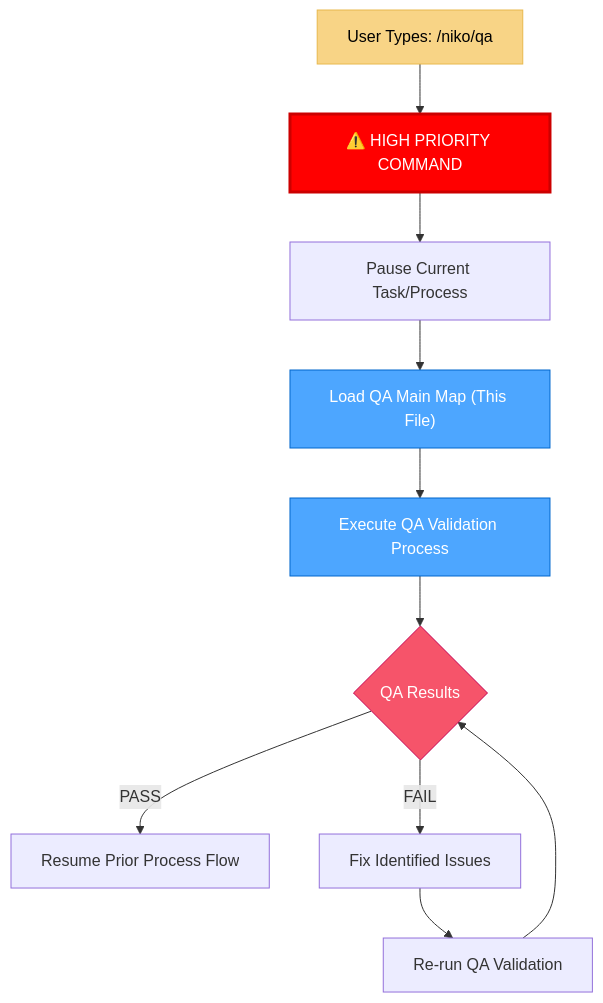
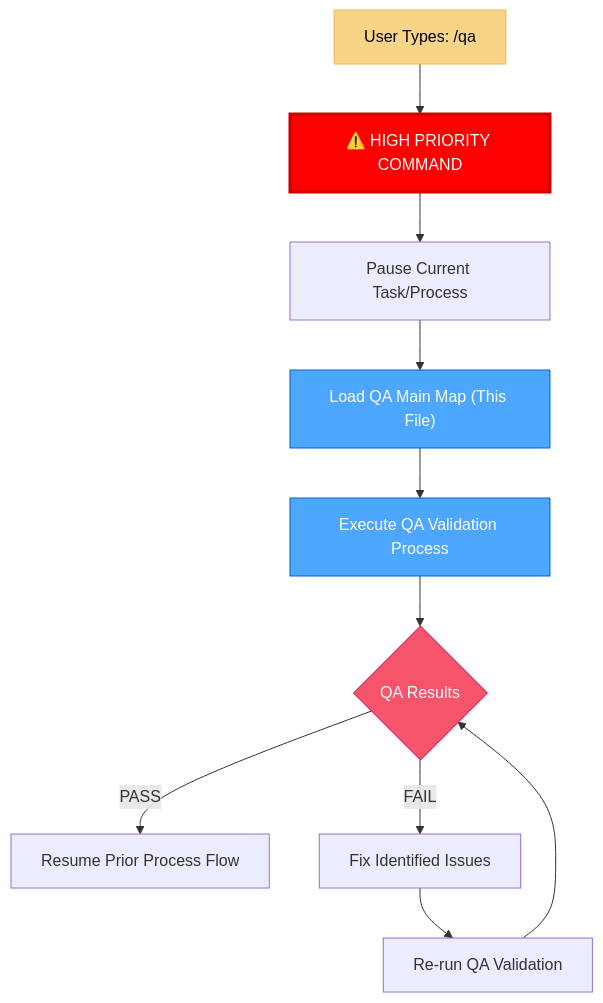
Before and after one commit to Texarkanine/.cursor-rules: the first of 3 diagrams in rulesets/niko/niko/visual-maps/van_mode_split/van-qa-main.mdc, drawn with Mermaid. The commit also changed other lines of this file and 24 other files, not shown here.

Commit message:
fix(niko): Update paths for new command installation behavior in ai-rizz 1.3.x (#29)

````diff
--- a/rulesets/niko/niko/visual-maps/van_mode_split/van-qa-main.mdc
+++ b/rulesets/niko/niko/visual-maps/van_mode_split/van-qa-main.mdc
@@ -24,19 +24,19 @@
 ```mermaid
 graph TD
-    UserQA["User Types: /niko/qa"] --> HighPriority["⚠️ HIGH PRIORITY COMMAND"]
+    UserQA["User Types: /qa"] --> HighPriority["⚠️ HIGH PRIORITY COMMAND"]
     HighPriority --> CurrentTask["Pause Current Task/Process"]
     CurrentTask --> LoadQA["Load QA Main Map (This File)"]
     LoadQA --> RunQA["Execute QA Validation Process"]
     RunQA --> QAResults{"QA Results"}
     
     QAResults -->|"PASS"| ResumeFlow["Resume Prior Process Flow"]
     QAResults -->|"FAIL"| FixIssues["Fix Identified Issues"]
     FixIssues --> ReRunQA["Re-run QA Validation"]
     ReRunQA --> QAResults
     
     style UserQA fill:#f8d486,stroke:#e8b84d,color:black
     style HighPriority fill:#ff0000,stroke:#cc0000,color:white,stroke-width:3px
     style LoadQA fill:#4da6ff,stroke:#0066cc,color:white
     style RunQA fill:#4da6ff,stroke:#0066cc,color:white
     style QAResults fill:#f6546a,stroke:#c30052,color:white
 ```
````
